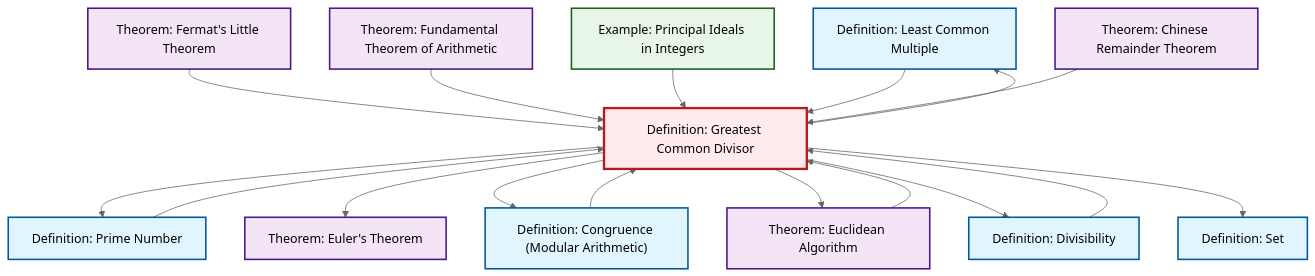
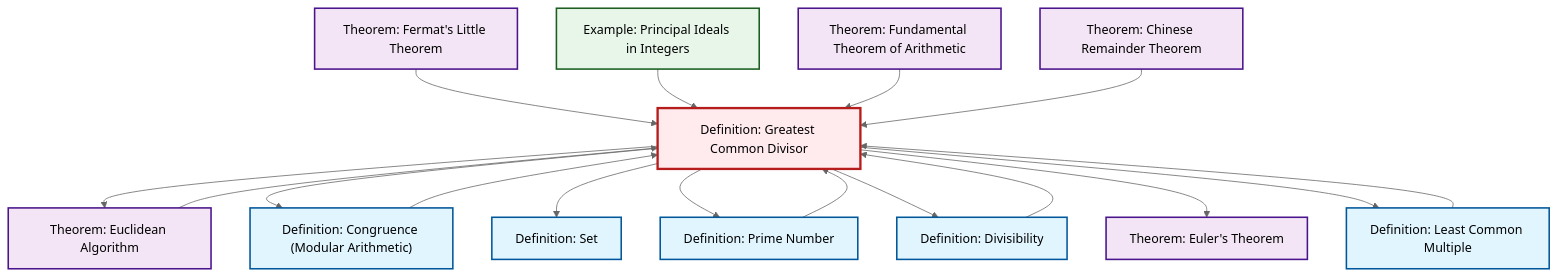
The second of 2 diagrams in content/en/number-theory/def-gcd.qmd (RK0429/ModernMath), drawn with Mermaid (neutral theme) before and after one commit. The commit also changed other lines of this file and 328 other files, not shown here.

````diff
--- a/content/en/number-theory/def-gcd.qmd
+++ b/content/en/number-theory/def-gcd.qmd
@@ -93,49 +93,49 @@
 ```{mermaid}
 %%| fig-cap: "Local dependency graph"
 graph TD
     classDef definition fill:#e1f5fe,stroke:#01579b,stroke-width:2px
     classDef theorem fill:#f3e5f5,stroke:#4a148c,stroke-width:2px
     classDef axiom fill:#fff3e0,stroke:#e65100,stroke-width:2px
     classDef example fill:#e8f5e9,stroke:#1b5e20,stroke-width:2px
     classDef current fill:#ffebee,stroke:#b71c1c,stroke-width:3px
+    thm-fundamental-arithmetic["Theorem: Fundamental Theorem of Arithmetic"]:::theorem
+    thm-chinese-remainder["Theorem: Chinese Remainder Theorem"]:::theorem
+    thm-euler["Theorem: Euler's Theorem"]:::theorem
+    def-lcm["Definition: Least Common Multiple"]:::definition
+    thm-fermat-little["Theorem: Fermat's Little Theorem"]:::theorem
     def-set["Definition: Set"]:::definition
-    def-lcm["Definition: Least Common Multiple"]:::definition
     thm-euclidean-algorithm["Theorem: Euclidean Algorithm"]:::theorem
-    thm-fermat-little["Theorem: Fermat's Little Theorem"]:::theorem
-    thm-fundamental-arithmetic["Theorem: Fundamental Theorem of Arithmetic"]:::theorem
-    thm-euler["Theorem: Euler's Theorem"]:::theorem
+    def-divisibility["Definition: Divisibility"]:::definition
     def-congruence["Definition: Congruence (Modular Arithmetic)"]:::definition
+    def-gcd["Definition: Greatest Common Divisor"]:::definition
+    def-prime["Definition: Prime Number"]:::definition
     ex-principal-ideal["Example: Principal Ideals in Integers"]:::example
-    def-prime["Definition: Prime Number"]:::definition
-    def-gcd["Definition: Greatest Common Divisor"]:::definition
-    thm-chinese-remainder["Theorem: Chinese Remainder Theorem"]:::theorem
-    def-divisibility["Definition: Divisibility"]:::definition
-    def-gcd --> def-prime
     thm-fermat-little --> def-gcd
     def-divisibility --> def-gcd
+    def-prime --> def-gcd
+    def-gcd --> thm-euclidean-algorithm
+    ex-principal-ideal --> def-gcd
     thm-fundamental-arithmetic --> def-gcd
-    thm-euclidean-algorithm --> def-gcd
-    def-prime --> def-gcd
-    def-gcd --> thm-euler
+    def-lcm --> def-gcd
     def-gcd --> def-congruence
-    ex-principal-ideal --> def-gcd
-    def-gcd --> def-lcm
-    def-gcd --> thm-euclidean-algorithm
-    def-lcm --> def-gcd
-    thm-chinese-remainder --> def-gcd
+    def-gcd --> def-set
+    def-gcd --> def-prime
     def-congruence --> def-gcd
     def-gcd --> def-divisibility
-    def-gcd --> def-set
+    def-gcd --> thm-euler
+    thm-chinese-remainder --> def-gcd
+    thm-euclidean-algorithm --> def-gcd
+    def-gcd --> def-lcm
     class def-gcd current
+    click thm-fundamental-arithmetic "thm-fundamental-arithmetic.html" "Go to Fundamental Theorem of Arithmetic theorem"
+    click thm-chinese-remainder "thm-chinese-remainder.html" "Go to Chinese Remainder Theorem theorem"
+    click thm-euler "thm-euler.html" "Go to Euler's Theorem theorem"
+    click def-lcm "def-lcm.html" "Go to Least Common Multiple definition"
+    click thm-fermat-little "thm-fermat-little.html" "Go to Fermat's Little Theorem theorem"
     click def-set "def-set.html" "Go to Set definition"
-    click def-lcm "def-lcm.html" "Go to Least Common Multiple definition"
     click thm-euclidean-algorithm "thm-euclidean-algorithm.html" "Go to Euclidean Algorithm theorem"
-    click thm-fermat-little "thm-fermat-little.html" "Go to Fermat's Little Theorem theorem"
-    click thm-fundamental-arithmetic "thm-fundamental-arithmetic.html" "Go to Fundamental Theorem of Arithmetic theorem"
-    click thm-euler "thm-euler.html" "Go to Euler's Theorem theorem"
+    click def-divisibility "def-divisibility.html" "Go to Divisibility definition"
     click def-congruence "def-congruence.html" "Go to Congruence (Modular Arithmetic) definition"
+    click def-prime "def-prime.html" "Go to Prime Number definition"
     click ex-principal-ideal "ex-principal-ideal.html" "Go to Principal Ideals in Integers example"
-    click def-prime "def-prime.html" "Go to Prime Number definition"
-    click thm-chinese-remainder "thm-chinese-remainder.html" "Go to Chinese Remainder Theorem theorem"
-    click def-divisibility "def-divisibility.html" "Go to Divisibility definition"
 ```
````
